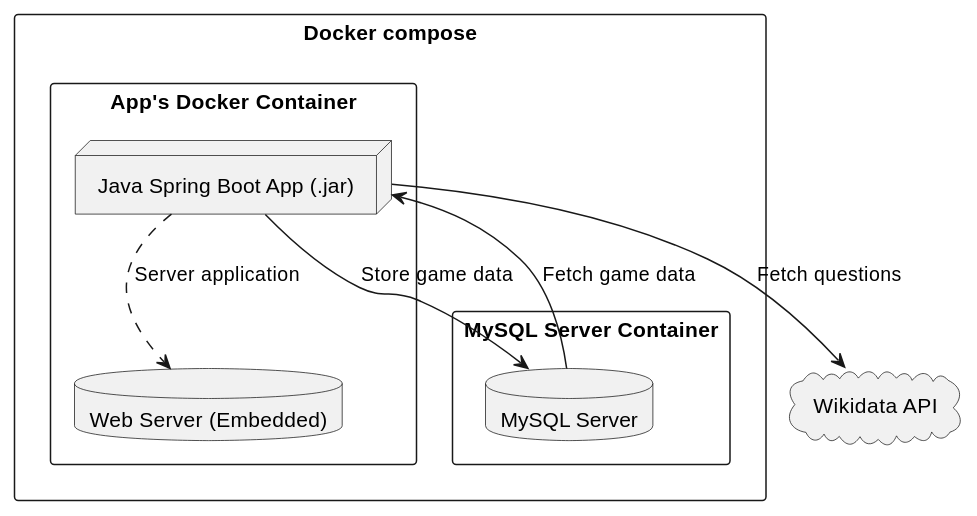
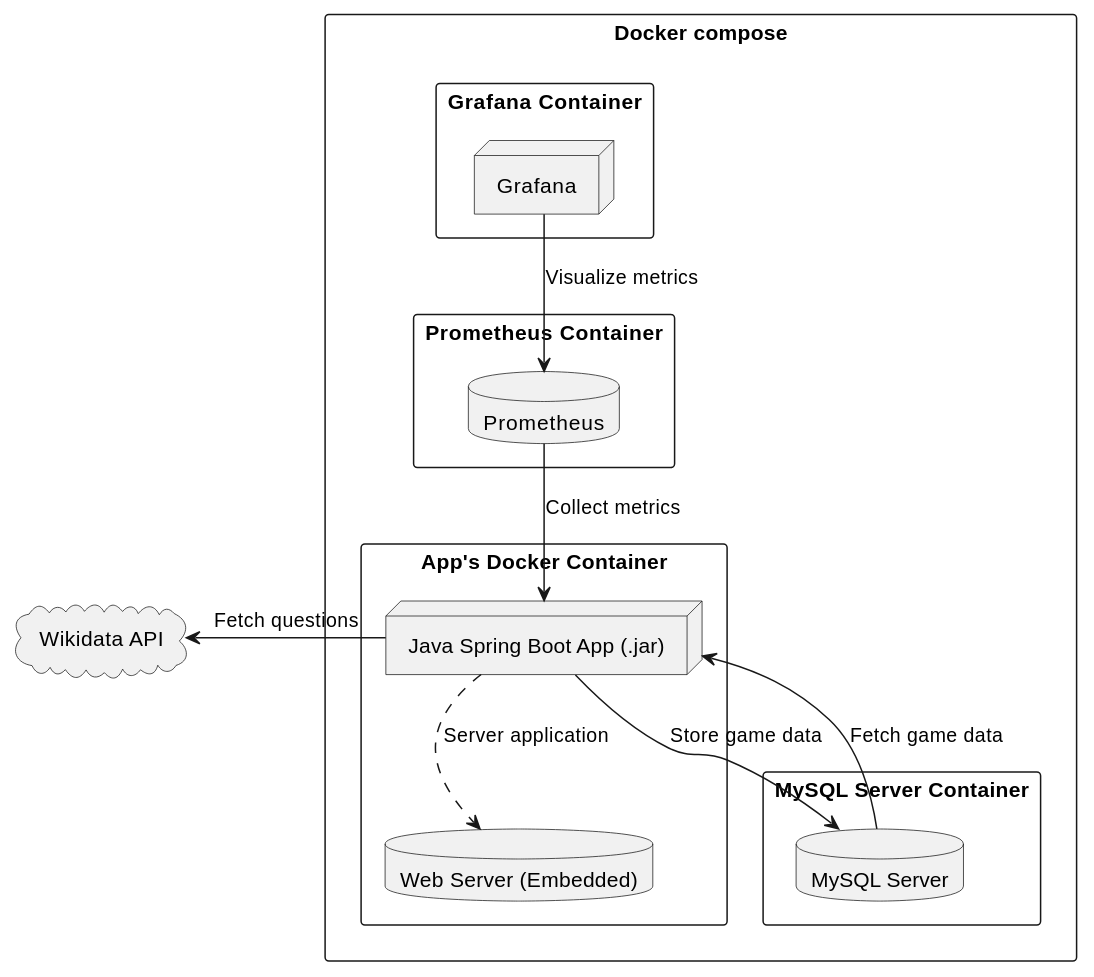
Before and after one commit to Arquisoft/wiq_es04b: the diagram in docs/src/07_deployment_view.adoc, drawn with PlantUML. The commit also changed other lines of this file, not shown here.

Commit message:
Update doc 7

```diff
--- a/docs/src/07_deployment_view.adoc
+++ b/docs/src/07_deployment_view.adoc
@@ -39,22 +43,32 @@
 [plantuml,"Docker Container Setup",png]
 ----
 @startuml
 rectangle "Docker compose" {
     rectangle "App's Docker Container"  {
         node "Java Spring Boot App (.jar)" as App
         database "Web Server (Embedded)" as WebServer
     }
 
     rectangle "MySQL Server Container" {
         database "MySQL Server" as MySQL
     }
+
+    rectangle "Prometheus Container" {
+        database "Prometheus" as Prometheus
+    }
+
+    rectangle "Grafana Container" {
+        node "Grafana" as Grafana
+    }
 }
 
 cloud "Wikidata API" as API
 
 App --> MySQL : Store game data
 MySQL --> App : Fetch game data
-App --> API : Fetch questions
+App -left-> API : Fetch questions
 App ..> WebServer : Server application
+Prometheus --> App : Collect metrics
+Grafana --> Prometheus : Visualize metrics
 @enduml
 ----
```
